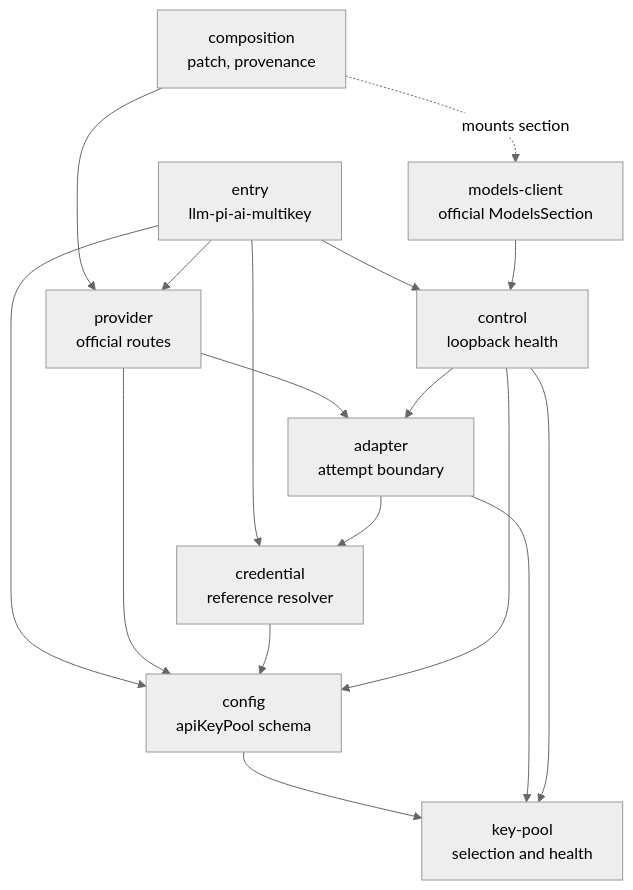
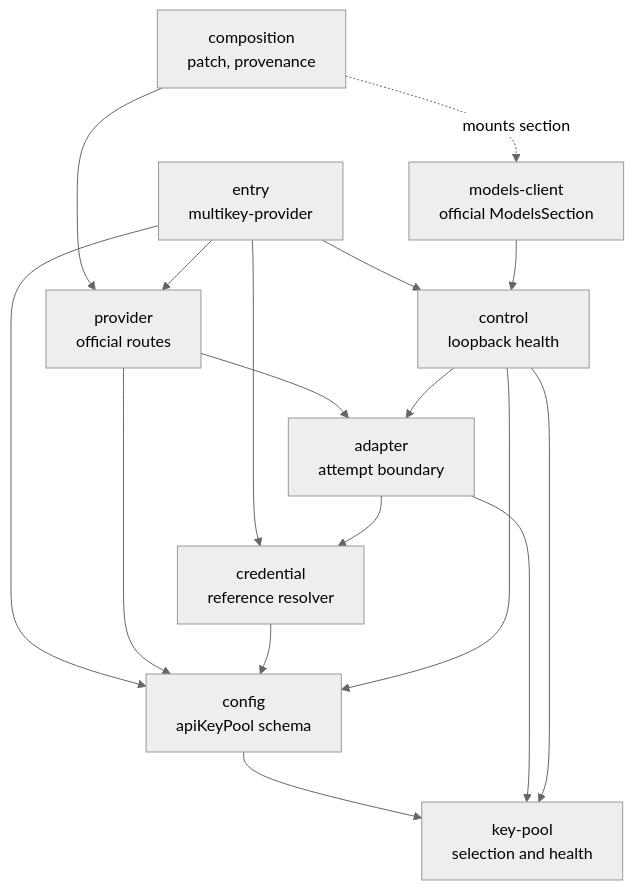
One commit to Jasonzhangf/agent-plugins changed the diagram in dsh-multikey-provider/docs/diagrams/module-ownership.mmd. Above: the diagram before and after it, drawn with Mermaid (neutral theme). The commit also changed 46 other files, not shown here.

Commit message:
feat(multikey): deliver additive pool provider, settings, probe

```diff
--- a/dsh-multikey-provider/docs/diagrams/module-ownership.mmd
+++ b/dsh-multikey-provider/docs/diagrams/module-ownership.mmd
@@ -1,27 +1,27 @@
 flowchart TD
   Composition["composition<br/>patch, provenance"]
-  Entry["entry<br/>llm-pi-ai-multikey"]
+  Entry["entry<br/>multikey-provider"]
   Provider["provider<br/>official routes"]
   Control["control<br/>loopback health"]
   Config["config<br/>apiKeyPool schema"]
   Adapter["adapter<br/>attempt boundary"]
   KeyPool["key-pool<br/>selection and health"]
   Credential["credential<br/>reference resolver"]
   ModelsClient["models-client<br/>official ModelsSection"]
 
   Composition --> Provider
   Composition -. "mounts section" .-> ModelsClient
   Entry --> Provider
   Entry --> Control
   Entry --> Config
   Entry --> Credential
   Provider --> Config
   Provider --> Adapter
   Config --> KeyPool
   Credential --> Config
   Adapter --> KeyPool
   Adapter --> Credential
   Control --> Adapter
   Control --> KeyPool
   Control --> Config
   ModelsClient --> Control
```
